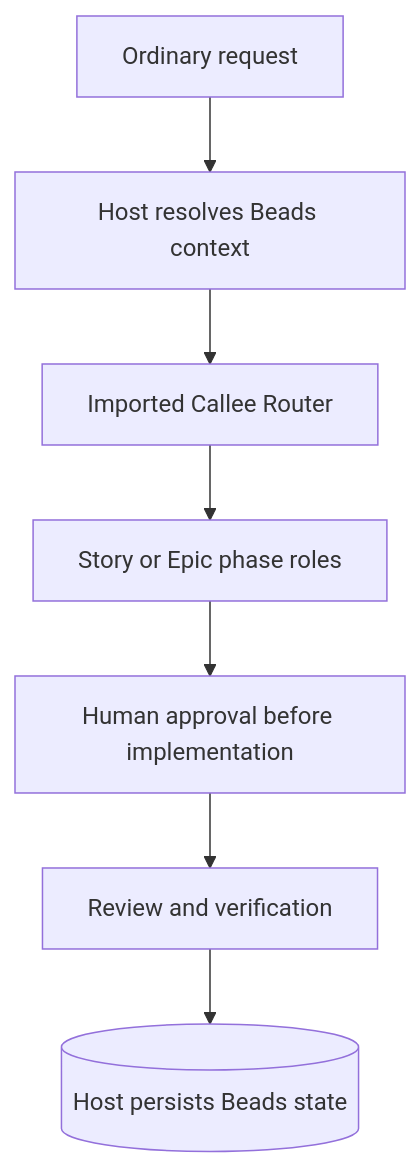
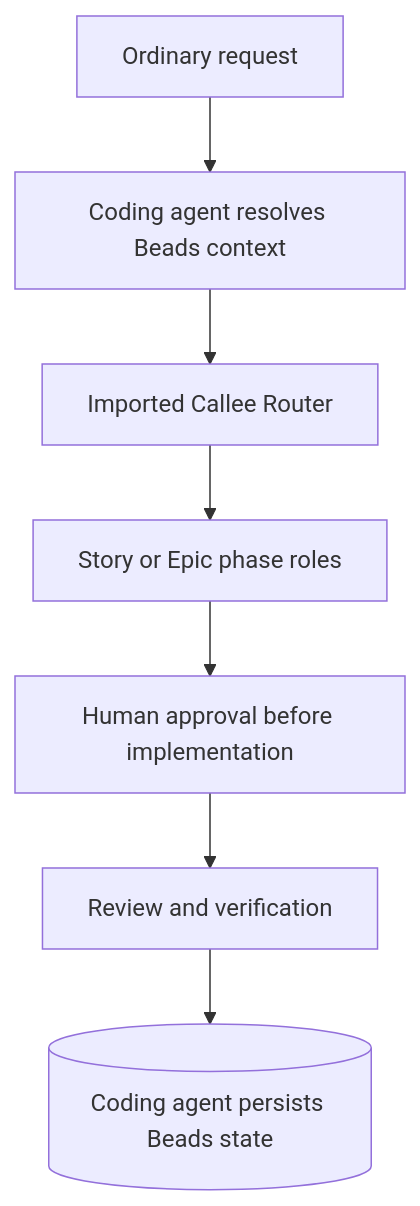
One commit to baldaworks/prism-callee changed the diagram in README.md. Above: the diagram before and after it, drawn with Mermaid. The commit also changed other lines of this file and 2 other files, not shown here.

Commit message:
docs: use coding agent terminology

````diff
--- a/README.md
+++ b/README.md
@@ -117,9 +117,9 @@
 ```mermaid
 flowchart TB
-    I["Ordinary request"] --> H["Host resolves Beads context"]
+    I["Ordinary request"] --> H["Coding agent resolves Beads context"]
     H --> R["Imported Callee Router"]
     R --> S["Story or Epic phase roles"]
     S --> A["Human approval before implementation"]
     A --> V["Review and verification"]
-    V --> B[("Host persists Beads state")]
+    V --> B[("Coding agent persists Beads state")]
 ```
````
